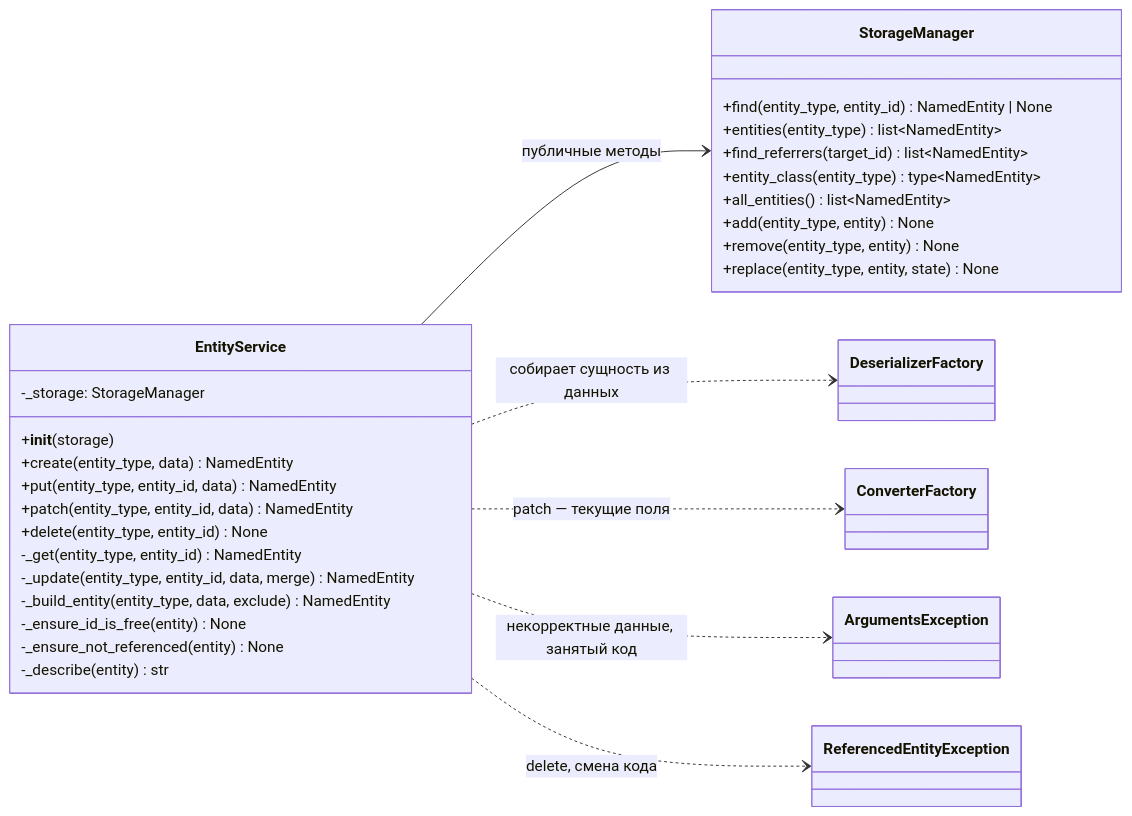
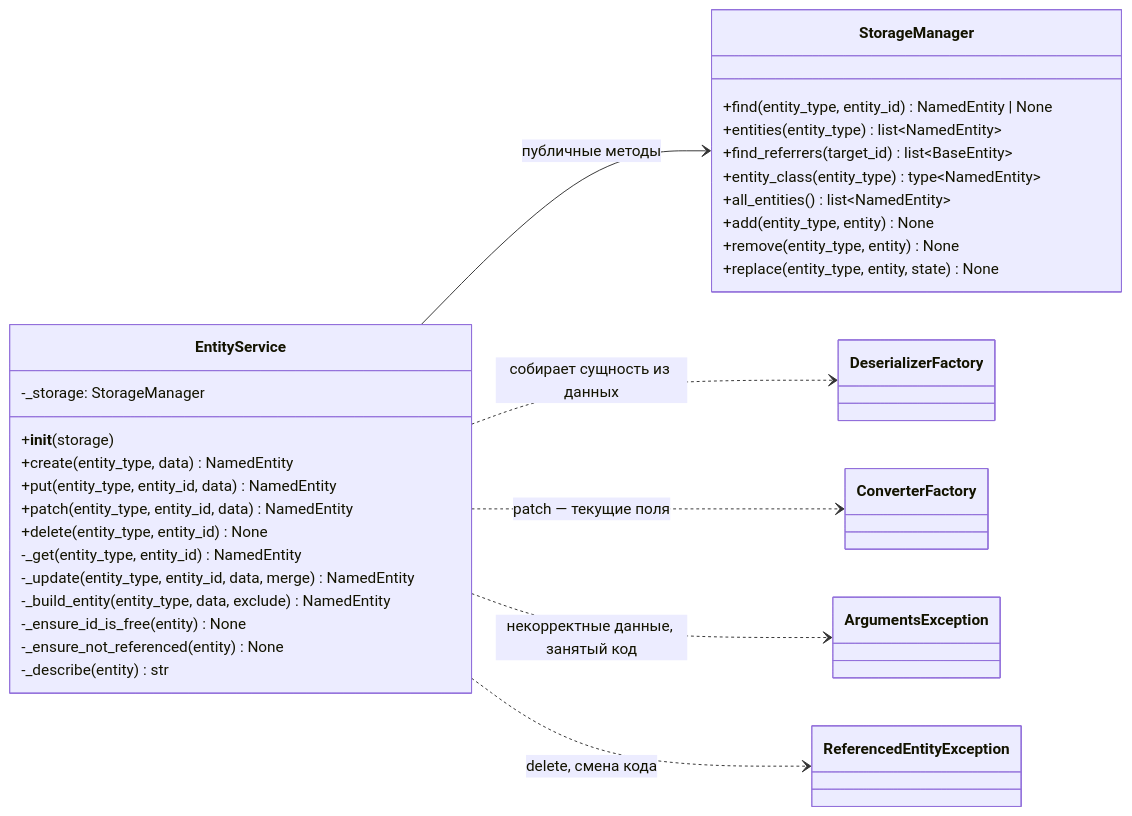
One commit to asutenshi/design-patterns changed the sixth of 12 diagrams in Docs/ClassDiagram.md. Above: the diagram before and after it, drawn with Mermaid. The commit also changed other lines of this file and 2 other files, not shown here.

Commit message:
docs: describe filtering and turnover API and update diagrams

````diff
--- a/Docs/ClassDiagram.md
+++ b/Docs/ClassDiagram.md
@@ -688,41 +722,41 @@
 ```mermaid
 classDiagram
     direction LR
 
     class EntityService {
         -_storage: StorageManager
         +__init__(storage)
         +create(entity_type, data) NamedEntity
         +put(entity_type, entity_id, data) NamedEntity
         +patch(entity_type, entity_id, data) NamedEntity
         +delete(entity_type, entity_id) None
         -_get(entity_type, entity_id) NamedEntity
         -_update(entity_type, entity_id, data, merge) NamedEntity
         -_build_entity(entity_type, data, exclude) NamedEntity
         -_ensure_id_is_free(entity) None
         -_ensure_not_referenced(entity) None
         -_describe(entity) str
     }
 
     class StorageManager {
         +find(entity_type, entity_id) NamedEntity | None
         +entities(entity_type) list~NamedEntity~
-        +find_referrers(target_id) list~NamedEntity~
+        +find_referrers(target_id) list~BaseEntity~
         +entity_class(entity_type) type~NamedEntity~
         +all_entities() list~NamedEntity~
         +add(entity_type, entity) None
         +remove(entity_type, entity) None
         +replace(entity_type, entity, state) None
     }
 
     class DeserializerFactory
     class ConverterFactory
     class ArgumentsException
     class ReferencedEntityException
 
     EntityService --> StorageManager : публичные методы
     EntityService ..> DeserializerFactory : собирает сущность из данных
     EntityService ..> ConverterFactory : patch — текущие поля
     EntityService ..> ArgumentsException : некорректные данные, занятый код
     EntityService ..> ReferencedEntityException : delete, смена кода
 ```
````
